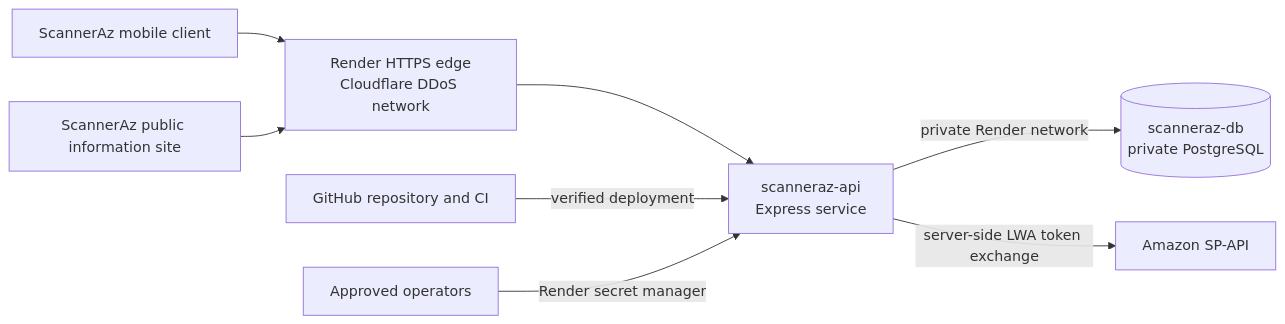
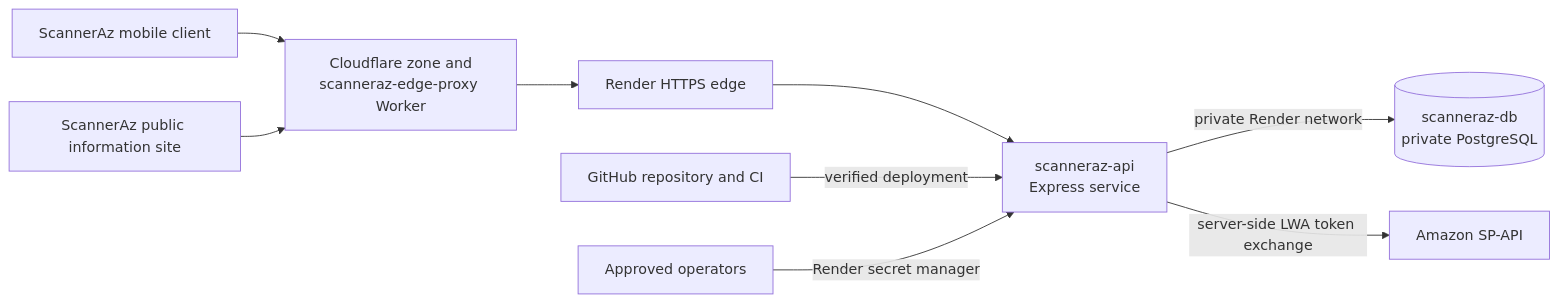
Before and after one commit to rafacu-dev/scannerAZ: the diagram in docs/production-architecture.md, drawn with Mermaid. The commit also changed other lines of this file and 3 other files, not shown here.

Commit message:
Route ScannerAz through Cloudflare edge

````diff
--- a/docs/production-architecture.md
+++ b/docs/production-architecture.md
@@ -7,10 +7,11 @@
 ```mermaid
 flowchart LR
-  Mobile[ScannerAz mobile client] --> Edge[Render HTTPS edge\nCloudflare DDoS network]
+  Mobile[ScannerAz mobile client] --> Edge[Cloudflare zone and\nscanneraz-edge-proxy Worker]
   Browser[ScannerAz public information site] --> Edge
-  Edge --> Api[scanneraz-api\nExpress service]
+  Edge --> Render[Render HTTPS edge]
+  Render --> Api[scanneraz-api\nExpress service]
   Api -->|private Render network| Db[(scanneraz-db\nprivate PostgreSQL)]
   Api -->|server-side LWA token exchange| Amazon[Amazon SP-API]
   GitHub[GitHub repository and CI] -->|verified deployment| Api
   Operators[Approved operators] -->|Render secret manager| Api
 ```
````
